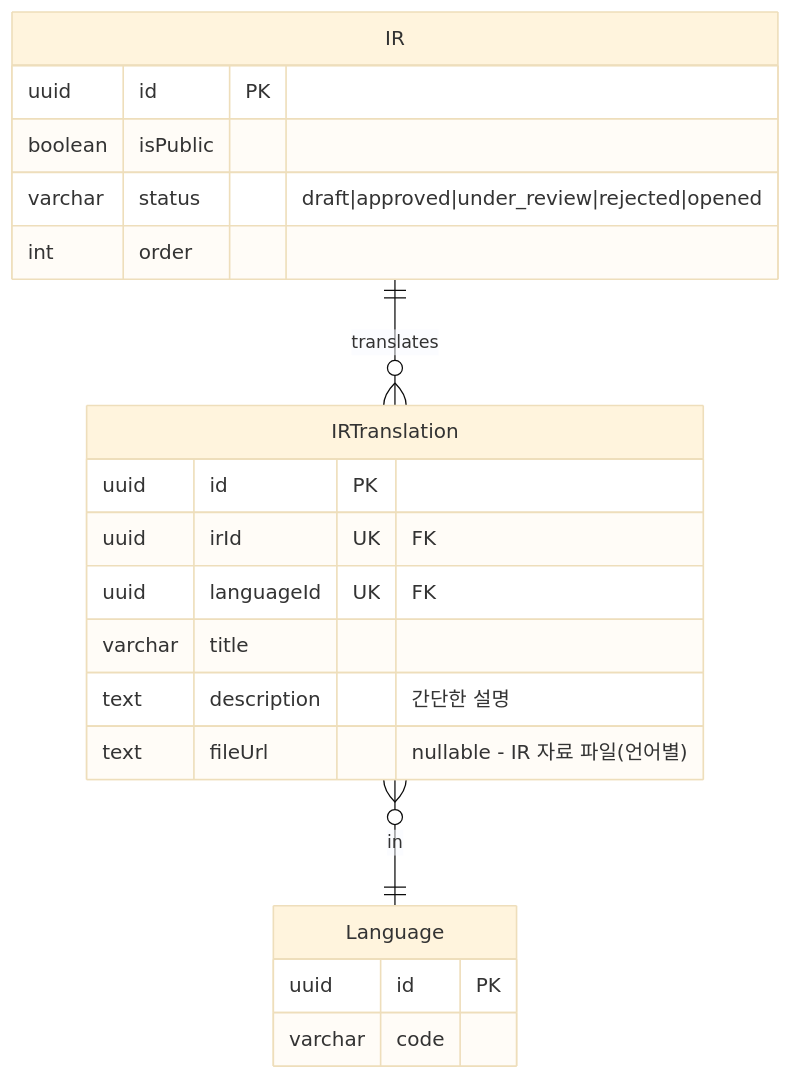
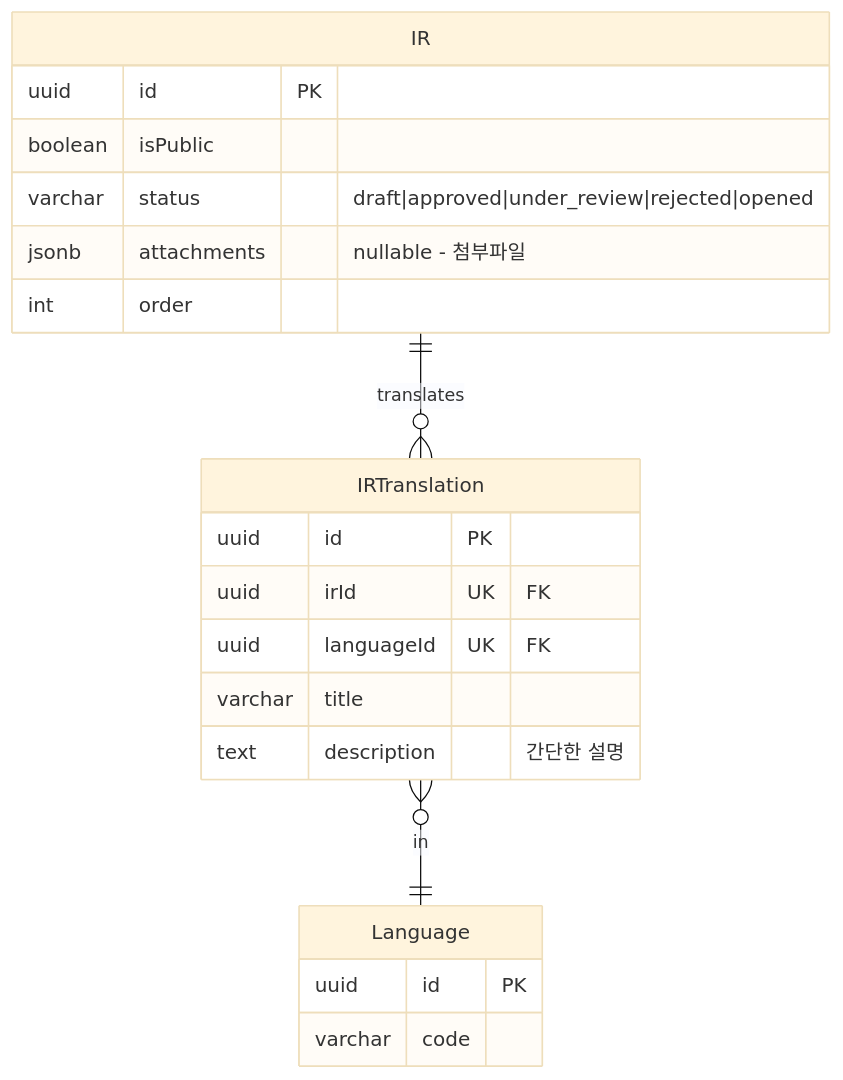
Before and after one commit to wukdddang/lumir-cms-backend: the sixth of 15 diagrams in docs/erd/er-diagram-entities.md, drawn with Mermaid (base theme). The commit also changed other lines of this file and 2 other files, not shown here.

First line of the commit message:
feat: 첨부파일 관리 단순화 및 다국어 파일 규칙 추가

````diff
--- a/docs/erd/er-diagram-entities.md
+++ b/docs/erd/er-diagram-entities.md
@@ -262,26 +262,26 @@
 ```mermaid
 erDiagram
     IR {
         uuid id PK
         boolean isPublic
         varchar status "draft|approved|under_review|rejected|opened"
+        jsonb attachments "nullable - 첨부파일"
         int order
     }
     
     IRTranslation {
         uuid id PK
         uuid irId UK "FK"
         uuid languageId UK "FK"
         varchar title
         text description "간단한 설명"
-        text fileUrl "nullable - IR 자료 파일(언어별)"
     }
     
     Language {
         uuid id PK
         varchar code
     }
     
     IR ||--o{ IRTranslation : "translates"
     IRTranslation }o--|| Language : "in"
 ```
````
